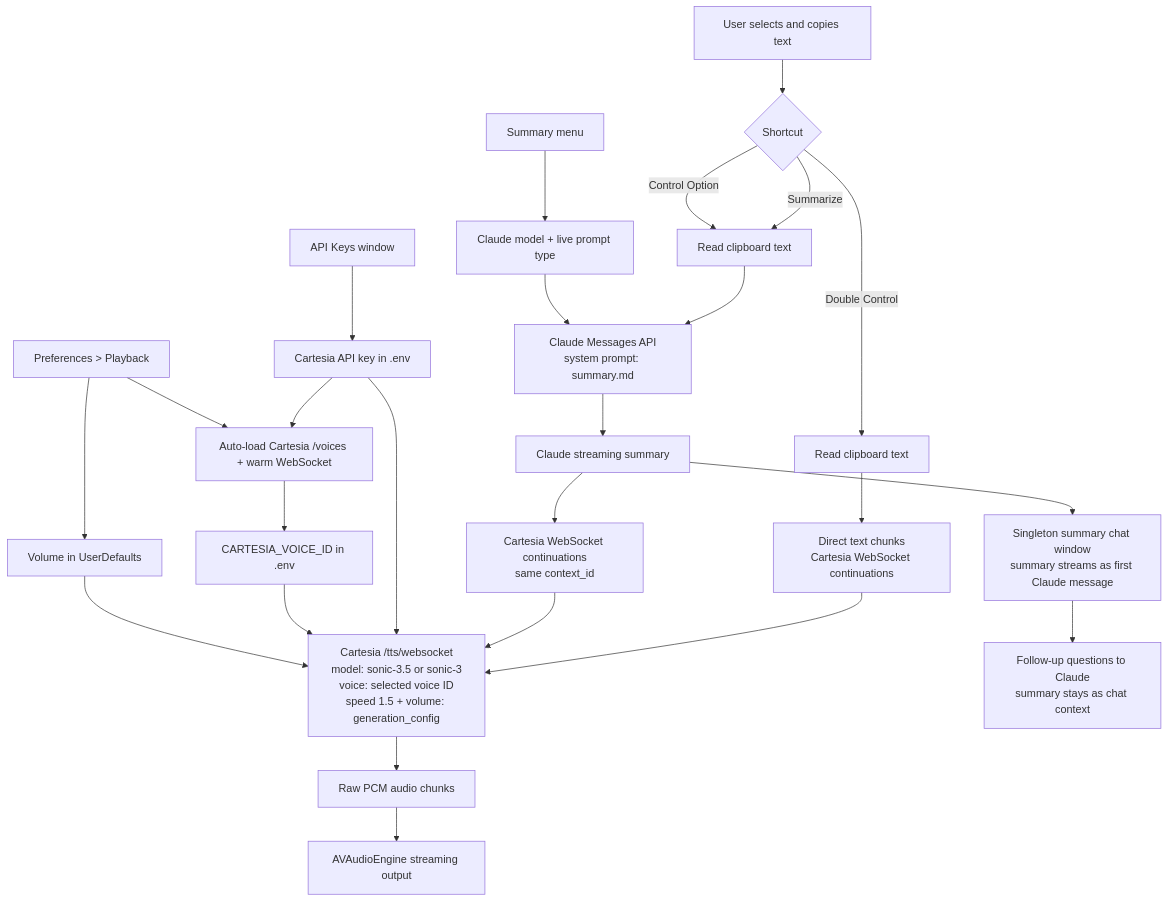
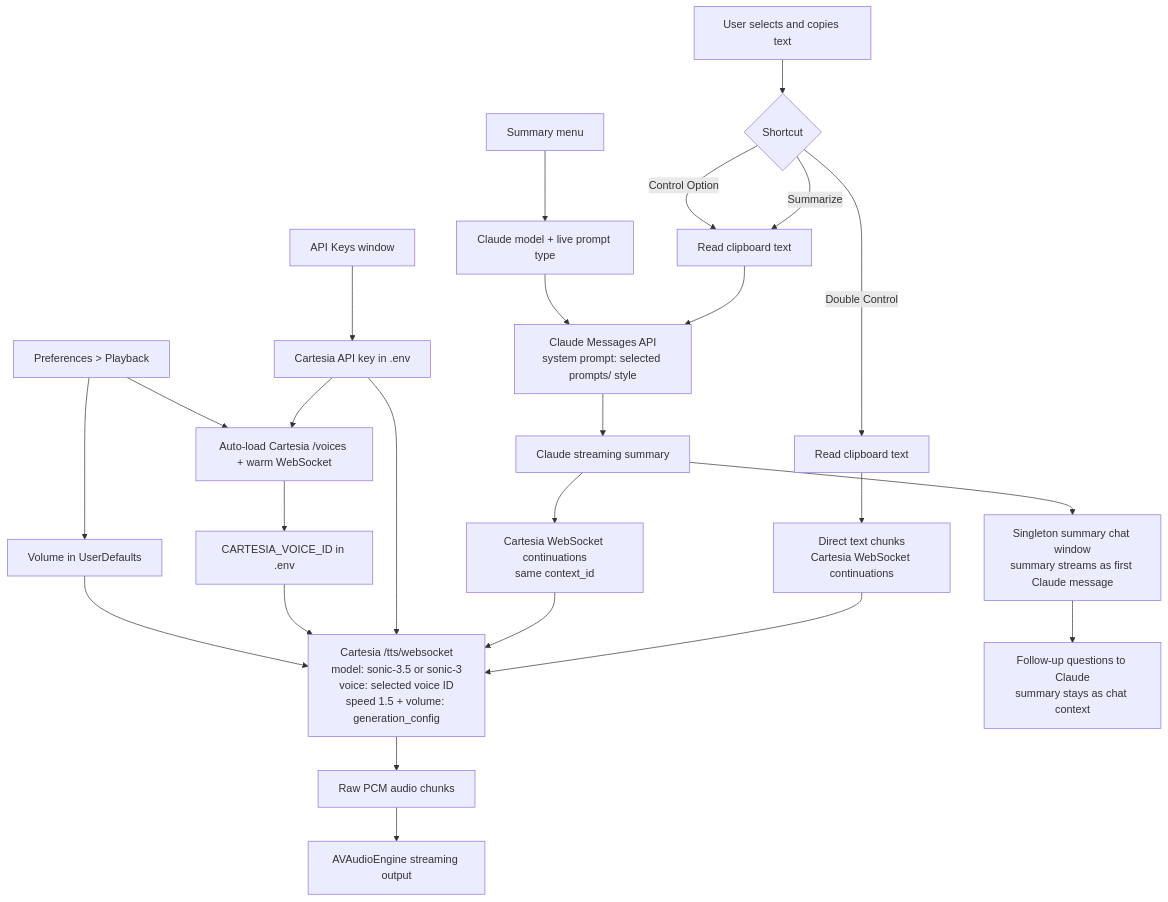
One commit to jackieoliver/ai-reader-native changed the diagram in README.md. Above: the diagram before and after it, drawn with Mermaid. The commit also changed other lines of this file and 3 other files, not shown here.

````diff
--- a/README.md
+++ b/README.md
@@ -25,28 +25,28 @@
 ```mermaid
 flowchart TD
   A["User selects and copies text"] --> B{"Shortcut"}
   B -->|"Double Control"| C["Read clipboard text"]
   B -->|"Summarize"| D["Read clipboard text"]
   B -->|"Control Option"| D
   C --> E1["Direct text chunks<br/>Cartesia WebSocket continuations"]
   E1 --> E["Cartesia /tts/websocket<br/>model: sonic-3.5 or sonic-3<br/>voice: selected voice ID<br/>speed 1.5 + volume: generation_config"]
-  D --> F["Claude Messages API<br/>system prompt: summary.md"]
+  D --> F["Claude Messages API<br/>system prompt: selected prompts/ style"]
   F --> G["Claude streaming summary"]
   G --> S["Singleton summary chat window<br/>summary streams as first Claude message"]
   S --> T["Follow-up questions to Claude<br/>summary stays as chat context"]
   G --> E2["Cartesia WebSocket continuations<br/>same context_id"]
   E2 --> E
   E --> H["Raw PCM audio chunks"]
   H --> I["AVAudioEngine streaming output"]
 
   J["API Keys window"] --> K["Cartesia API key in .env"]
   K --> L["Auto-load Cartesia /voices + warm WebSocket"]
   N["Preferences > Playback"] --> L
   L --> M["CARTESIA_VOICE_ID in .env"]
   N --> O["Volume in UserDefaults"]
   P["Summary menu"] --> Q["Claude model + live prompt type"]
   Q --> F
   K --> E
   M --> E
   O --> E
 ```
````
